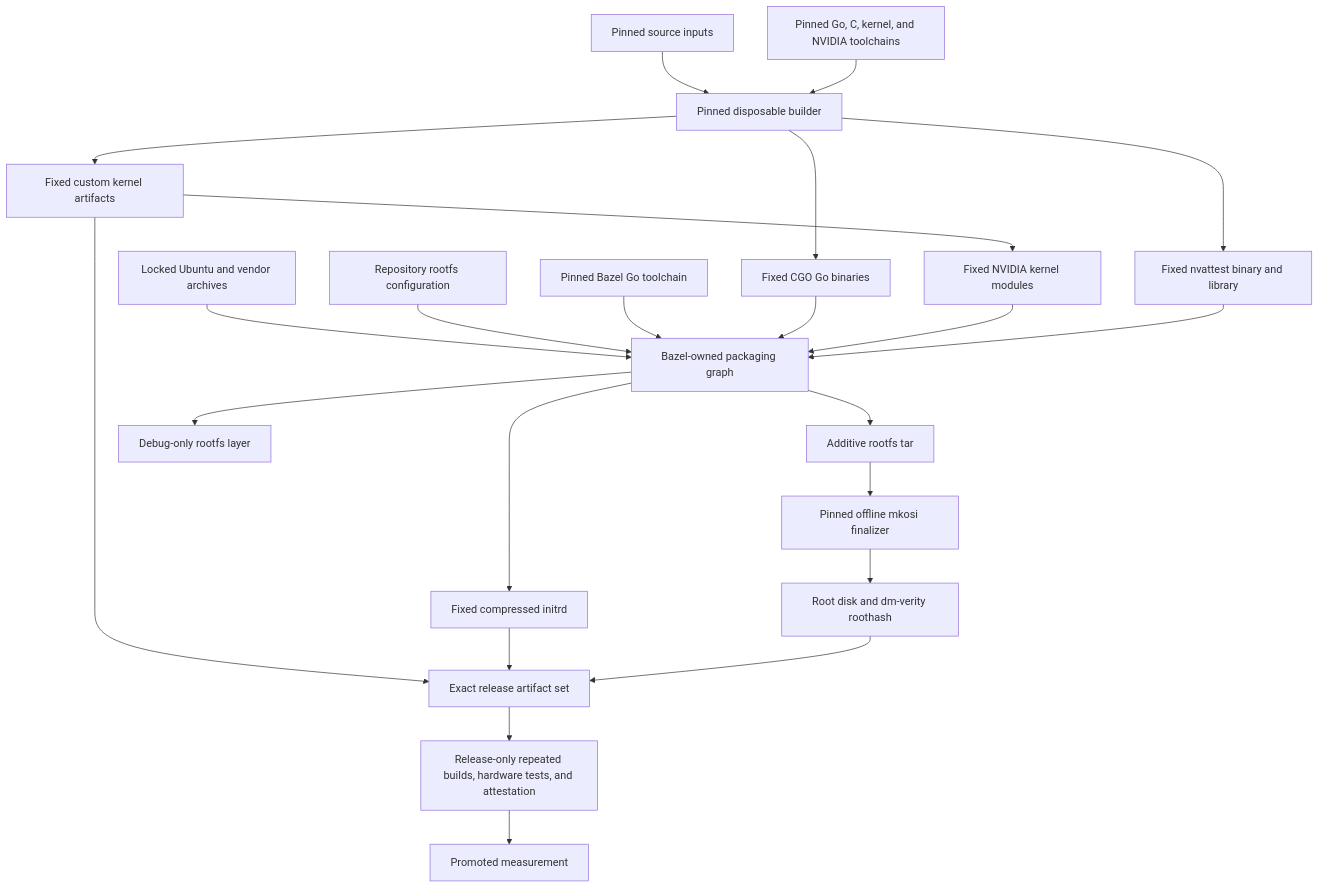
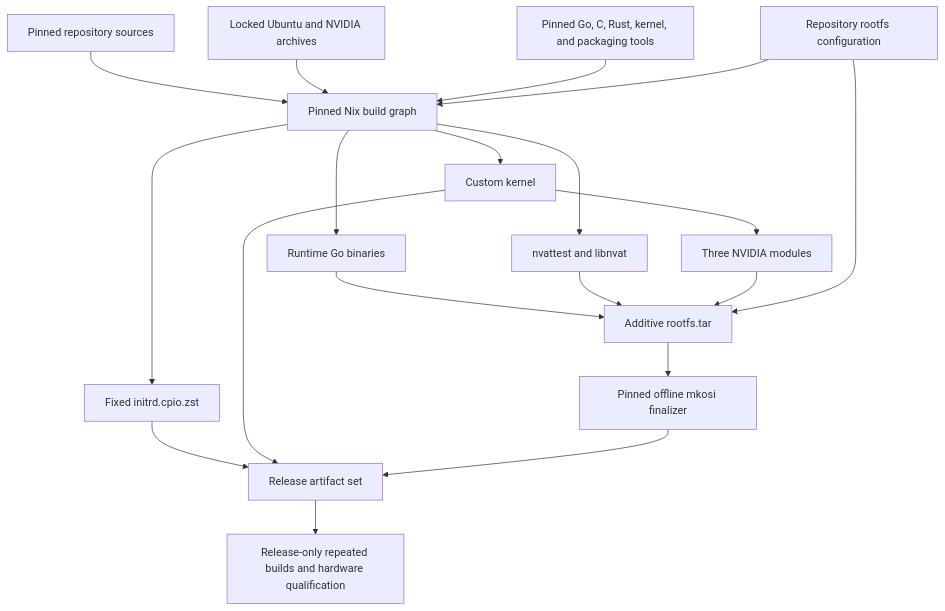
One commit to tinfoilsh/cvmimage changed the diagram in docs/build.md. Above: the diagram before and after it, drawn with Mermaid. The commit also changed other lines of this file, not shown here.

Commit message:
Document the Nix image build boundary

````diff
--- a/docs/build.md
+++ b/docs/build.md
@@ -44,31 +17,25 @@
 ```mermaid
 flowchart TD
-    S["Pinned source inputs"] --> PB["Pinned disposable builder"]
-    T["Pinned Go, C, kernel, and NVIDIA toolchains"] --> PB
+    S["Pinned repository sources"] --> N["Pinned Nix build graph"]
+    U["Locked Ubuntu and NVIDIA archives"] --> N
+    T["Pinned Go, C, Rust, kernel, and packaging tools"] --> N
+    C["Repository rootfs configuration"] --> N
 
-    PB --> GO["Fixed CGO Go binaries"]
-    PB --> K["Fixed custom kernel artifacts"]
-    K --> N["Fixed NVIDIA kernel modules"]
-    PB --> A["Fixed nvattest binary and library"]
+    N --> G["Runtime Go binaries"]
+    N --> A["nvattest and libnvat"]
+    N --> K["Custom kernel"]
+    K --> V["Three NVIDIA modules"]
+    N --> I["Fixed initrd.cpio.zst"]
 
-    P["Locked Ubuntu and vendor archives"] --> B["Bazel-owned packaging graph"]
-    C["Repository rootfs configuration"] --> B
-    G["Pinned Bazel Go toolchain"] --> B
-    GO --> B
-    N --> B
-    A --> B
-
-    B --> R["Additive rootfs tar"]
-    B --> I["Fixed compressed initrd"]
-    B --> D["Debug-only rootfs layer"]
+    G --> R["Additive rootfs.tar"]
+    A --> R
+    V --> R
+    C --> R
 
     R --> M["Pinned offline mkosi finalizer"]
-    M --> DISK["Root disk and dm-verity roothash"]
+    I --> X["Release artifact set"]
+    K --> X
+    M --> X
 
-    K --> X["Exact release artifact set"]
-    I --> X
-    DISK --> X
-
-    X --> Q["Release-only repeated builds, hardware tests, and attestation"]
-    Q --> PM["Promoted measurement"]
+    X --> Q["Release-only repeated builds and hardware qualification"]
 ```
````
